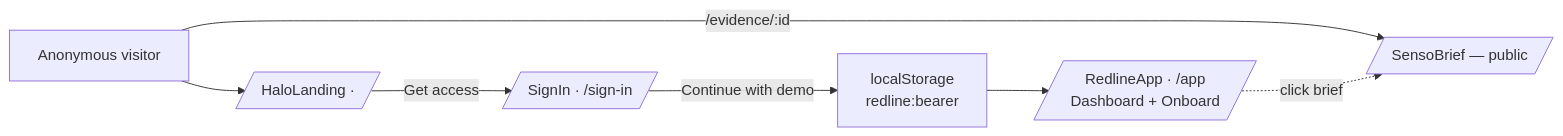
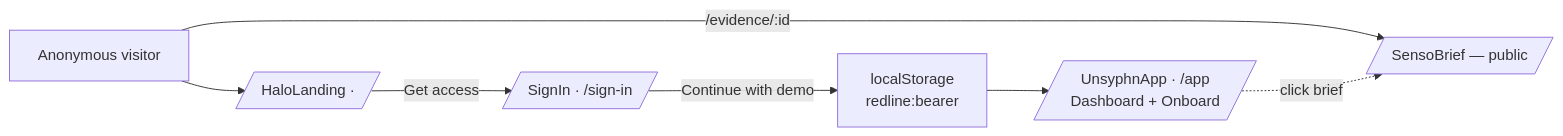
Before and after one commit to d3v07/Datadog_Hackathon: the fifth of 8 diagrams in README.md, drawn with Mermaid. The commit also changed other lines of this file and 1 other file, not shown here.

````diff
--- a/README.md
+++ b/README.md
@@ -346,9 +346,9 @@
 ```mermaid
 flowchart LR
     Anon[Anonymous visitor] --> Landing[/HaloLanding · /]
     Landing -->|Get access| SignIn[/SignIn · /sign-in/]
     SignIn -->|Continue with demo| Session[localStorage<br/>redline:bearer]
-    Session --> App[/RedlineApp · /app<br/>Dashboard + Onboard/]
+    Session --> App[/UnsyphnApp · /app<br/>Dashboard + Onboard/]
     Anon -->|/evidence/:id| Brief[/SensoBrief — public/]
     App -.click brief.-> Brief
 ```
````
